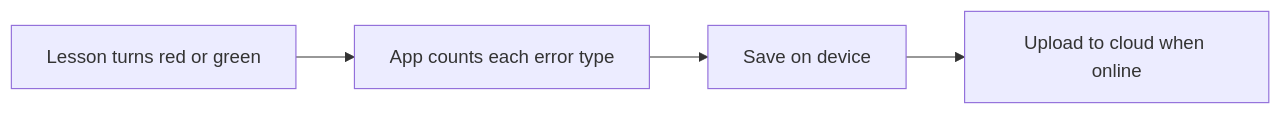
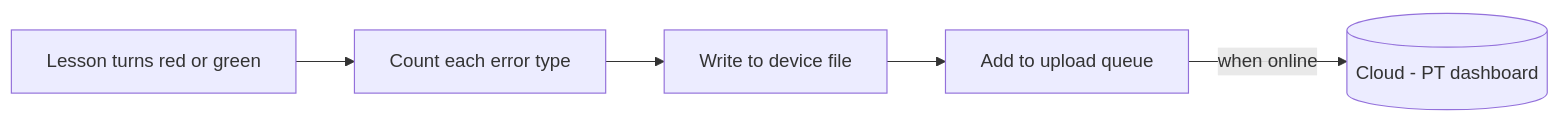
One commit to seanja5/realrehab-mvp changed the sixth of 7 diagrams in docs/DATA_STORY_PRESENTATION.md. Above: the diagram before and after it, drawn with Mermaid. The commit also changed other lines of this file, not shown here.

Commit message:
Clarify storage in presentation: cloud vs cache vs device file vs queue

````diff
--- a/docs/DATA_STORY_PRESENTATION.md
+++ b/docs/DATA_STORY_PRESENTATION.md
@@ -97,6 +101,7 @@
 ```mermaid
 flowchart LR
-    A[Lesson turns red or green] --> B[App counts each error type]
-    B --> C[Save on device]
-    C --> D[Upload to cloud when online]
+    A[Lesson turns red or green] --> B[Count each error type]
+    B --> C[Write to device file]
+    C --> D[Add to upload queue]
+    D -->|when online| E[(Cloud - PT dashboard)]
 ```
````
